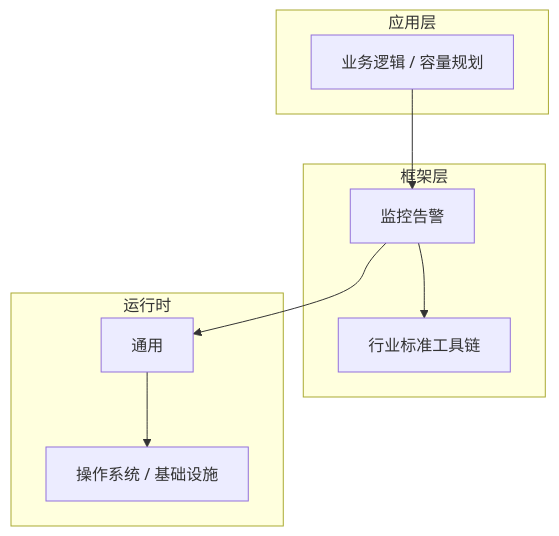
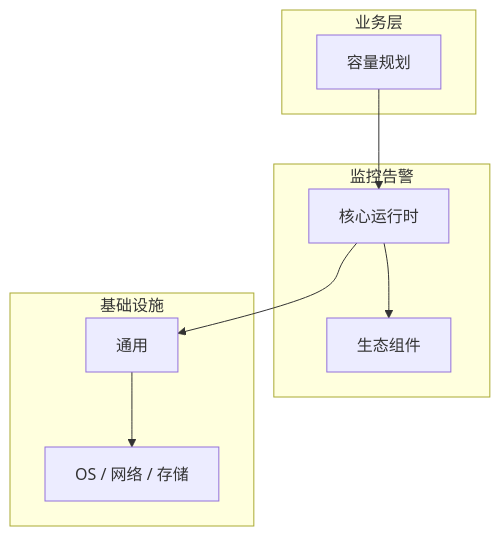
Before and after one commit to yanggan2015/knowledge-json-v2: the diagram in articles/监控告警/chapters/066-容量规划核心概念与原理.md, drawn with Mermaid. The commit also changed other lines of this file and 10127 other files, not shown here.

````diff
--- a/articles/监控告警/chapters/066-容量规划核心概念与原理.md
+++ b/articles/监控告警/chapters/066-容量规划核心概念与原理.md
@@ -45,18 +34,18 @@
 ```mermaid
 graph TB
-    subgraph 应用层
-        A[业务逻辑 / 容量规划]
+    subgraph 业务层
+        A[容量规划]
     end
-    subgraph 框架层
-        B[监控告警]
-        C[行业标准工具链]
+    subgraph 监控告警
+        B[核心运行时]
+        C[生态组件]
     end
-    subgraph 运行时
+    subgraph 基础设施
         D[通用]
-        E[操作系统 / 基础设施]
+        E[OS / 网络 / 存储]
     end
     A --> B
     B --> C
     B --> D
     D --> E
 ```
````
